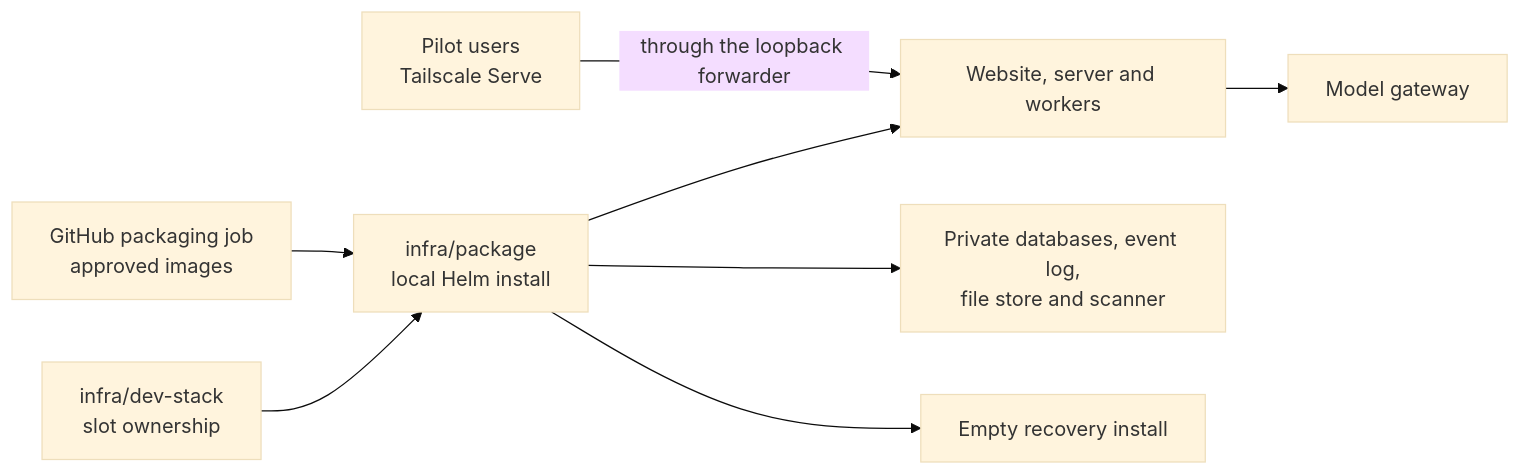
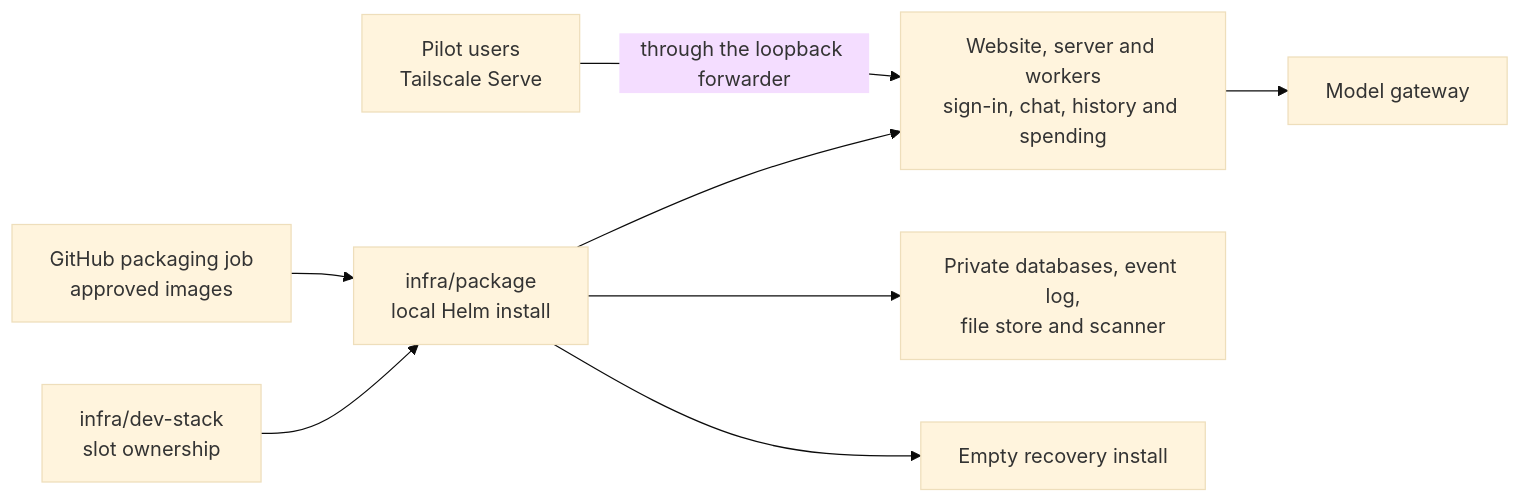
The diagram in infra/package/README.md (elewa-git/opencrane-new), drawn with Mermaid (base theme) before and after one commit. The commit also changed other lines of this file and 80 other files, not shown here.

````diff
--- a/infra/package/README.md
+++ b/infra/package/README.md
@@ -19,10 +19,10 @@
 ```mermaid
 flowchart LR
   stack["infra/dev-stack<br/>slot ownership"] --> package["infra/package<br/>local Helm install"]
   ci["GitHub packaging job<br/>approved images"] --> package
-  package --> apps["Website, server and workers"]
+  package --> apps["Website, server and workers<br/>sign-in, chat, history and spending"]
   tailnet["Pilot users<br/>Tailscale Serve"] -->|through the loopback forwarder| apps
   package --> services["Private databases, event log,<br/>file store and scanner"]
   apps --> models["Model gateway"]
   package --> recovery["Empty recovery install"]
 ```
````
